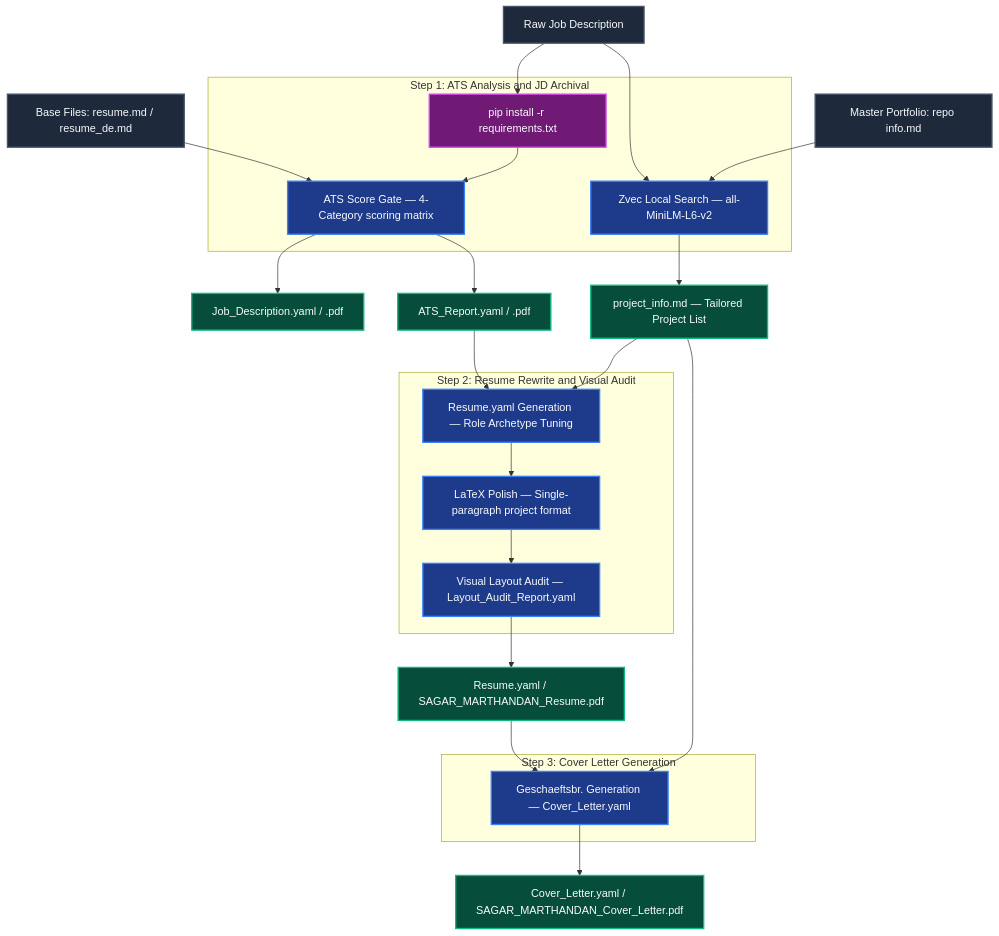
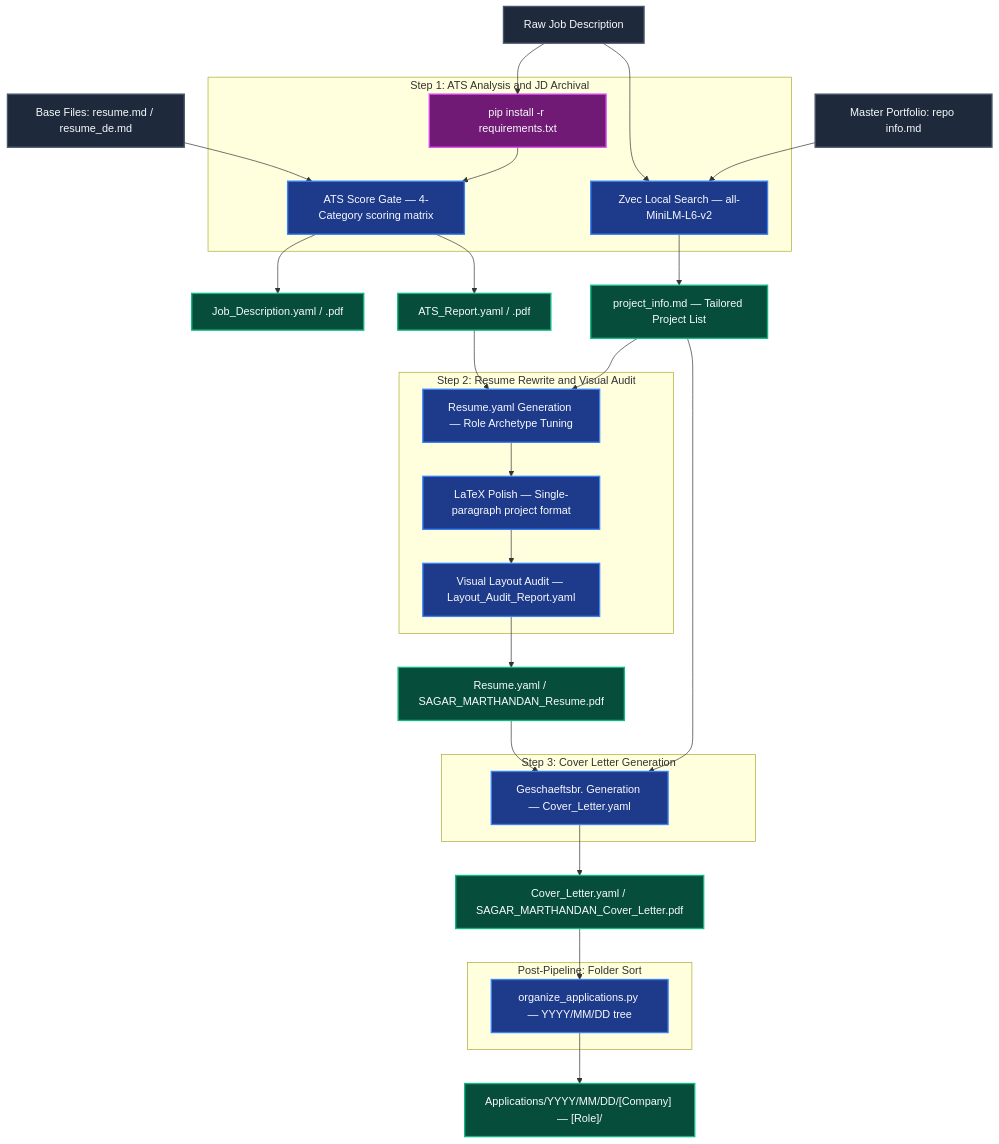
One commit to SagarMarthandan/yaml-cv-pipeline changed the diagram in README.md. Above: the diagram before and after it, drawn with Mermaid. The commit also changed other lines of this file and 3 other files, not shown here.

````diff
--- a/README.md
+++ b/README.md
@@ -12,58 +12,66 @@
 ```mermaid
 graph TD
     %% Base Styling
     classDef input fill:#1e293b,stroke:#475569,stroke-width:2px,color:#f8fafc;
     classDef processing fill:#1e3a8a,stroke:#3b82f6,stroke-width:2px,color:#f8fafc;
     classDef output fill:#064e3b,stroke:#10b981,stroke-width:2px,color:#f8fafc;
     classDef system fill:#701a75,stroke:#d946ef,stroke-width:2px,color:#f8fafc;
 
     %% Elements
     JD[Raw Job Description]:::input
     BaseFiles["Base Files: resume.md / resume_de.md"]:::input
     RepoInfo["Master Portfolio: repo info.md"]:::input
 
     subgraph Step1 ["Step 1: ATS Analysis and JD Archival"]
         Deps[pip install -r requirements.txt]:::system
         ATS["ATS Score Gate — 4-Category scoring matrix"]:::processing
         Zvec["Zvec Local Search — all-MiniLM-L6-v2"]:::processing
     end
 
     subgraph Step2 ["Step 2: Resume Rewrite and Visual Audit"]
         Rewrite["Resume.yaml Generation — Role Archetype Tuning"]:::processing
         LaTeX["LaTeX Polish — Single-paragraph project format"]:::processing
         Audit["Visual Layout Audit — Layout_Audit_Report.yaml"]:::processing
     end
 
     subgraph Step3 ["Step 3: Cover Letter Generation"]
         CL["Geschaeftsbr. Generation — Cover_Letter.yaml"]:::processing
     end
 
+    subgraph Step4 ["Post-Pipeline: Folder Sort"]
+        Sort["organize_applications.py — YYYY/MM/DD tree"]:::processing
+    end
+
     %% Pipeline Outputs
     OutJD["Job_Description.yaml / .pdf"]:::output
     OutATS["ATS_Report.yaml / .pdf"]:::output
     OutProj["project_info.md — Tailored Project List"]:::output
     OutRes["Resume.yaml / SAGAR_MARTHANDAN_Resume.pdf"]:::output
     OutCL["Cover_Letter.yaml / SAGAR_MARTHANDAN_Cover_Letter.pdf"]:::output
+    OutTree["Applications/YYYY/MM/DD/[Company] — [Role]/"]:::output
 
     %% Flow Connections
     JD --> Deps
     Deps --> ATS
     BaseFiles --> ATS
 
     RepoInfo --> Zvec
     JD --> Zvec
 
     ATS --> OutATS
     ATS --> OutJD
     Zvec --> OutProj
 
     OutProj --> Rewrite
     OutATS --> Rewrite
     Rewrite --> LaTeX
     LaTeX --> Audit
     Audit --> OutRes
 
     OutProj --> CL
     OutRes --> CL
     CL --> OutCL
+
+    OutCL --> Sort
+    Sort --> OutTree
 ```
````
